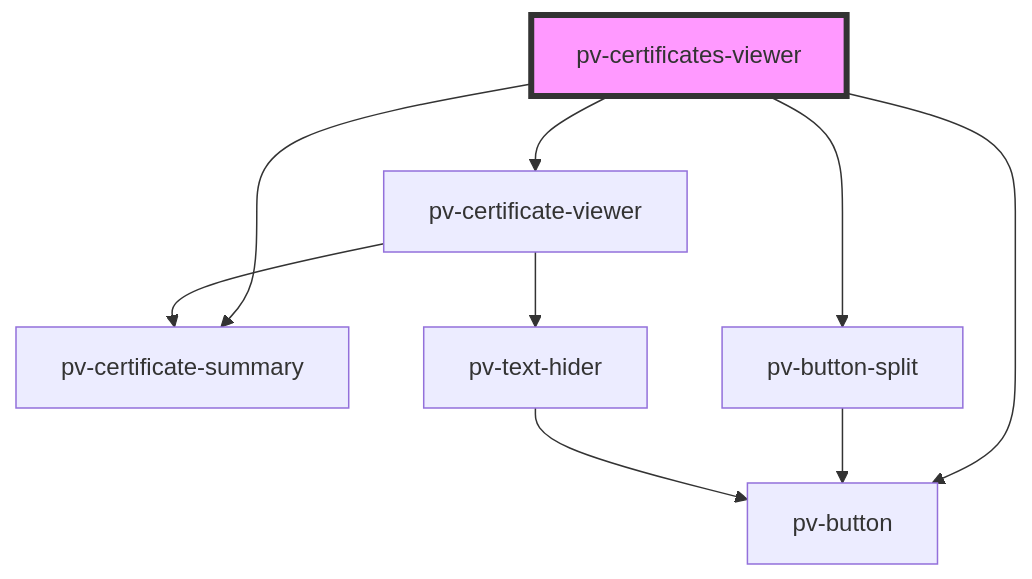
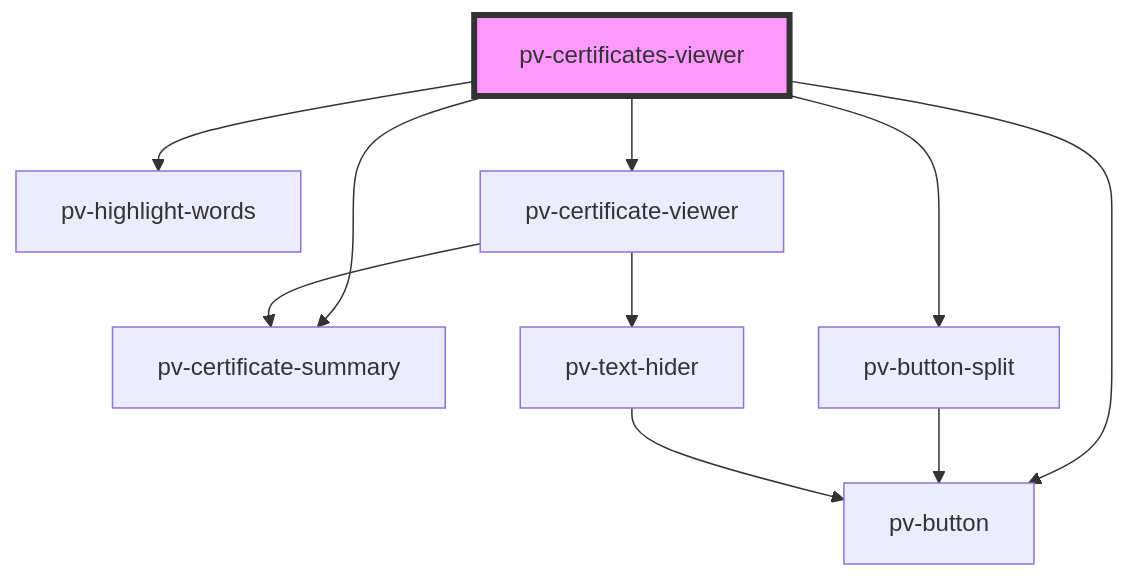
One commit to PeculiarVentures/pv-certificates-viewer changed the diagram in src/components/certificates-viewer/readme.md. Above: the diagram before and after it, drawn with Mermaid. The commit also changed other lines of this file and 1 other file, not shown here.

````diff
--- a/src/components/certificates-viewer/readme.md
+++ b/src/components/certificates-viewer/readme.md
@@ -25,12 +26,13 @@
 ```mermaid
 graph TD;
   pv-certificates-viewer --> pv-certificate-summary
   pv-certificates-viewer --> pv-button
+  pv-certificates-viewer --> pv-highlight-words
   pv-certificates-viewer --> pv-button-split
   pv-certificates-viewer --> pv-certificate-viewer
   pv-button-split --> pv-button
   pv-certificate-viewer --> pv-text-hider
   pv-certificate-viewer --> pv-certificate-summary
   pv-text-hider --> pv-button
   style pv-certificates-viewer fill:#f9f,stroke:#333,stroke-width:4px
 ```
````
